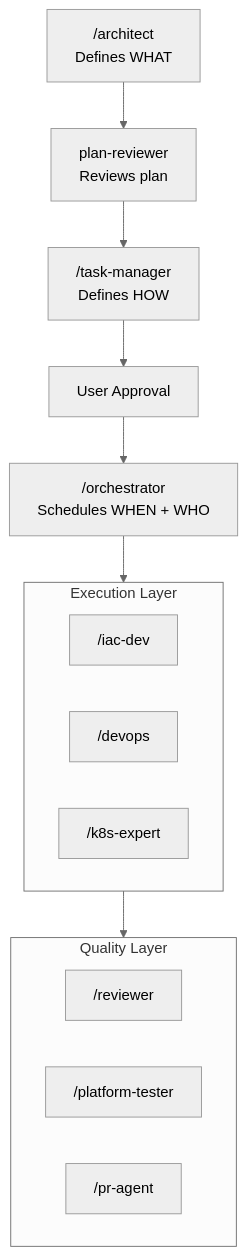
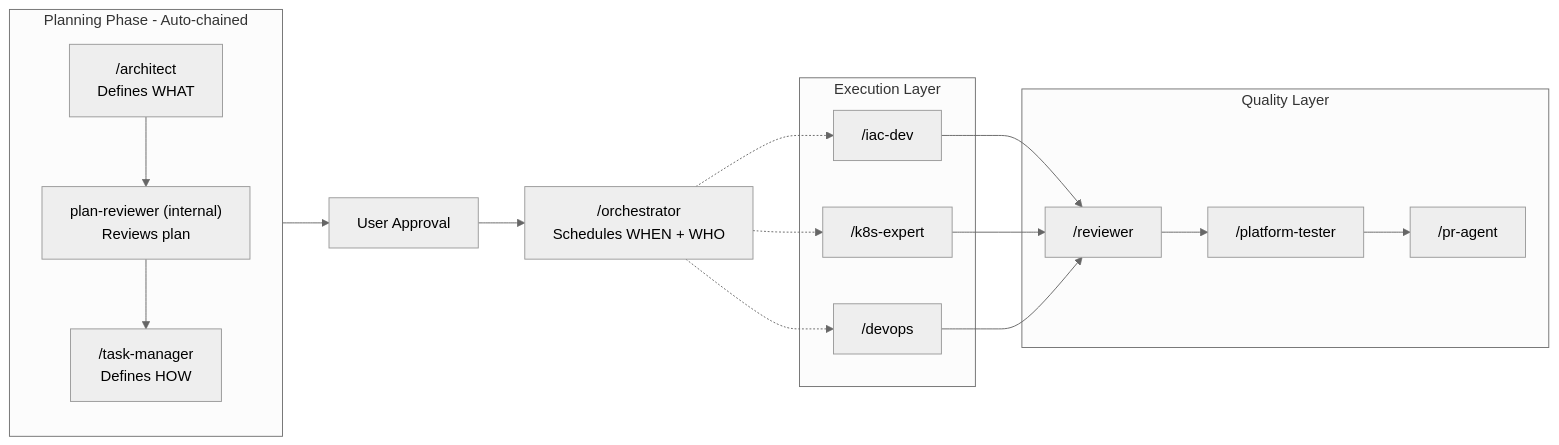
Before and after one commit to yogeshelke/.dotfiles: the diagram in cursor/README.md, drawn with Mermaid (neutral theme). The commit also changed other lines of this file and 5 other files, not shown here.

First line of the commit message:
Enhance architect agent and standardize tester naming

````diff
--- a/cursor/README.md
+++ b/cursor/README.md
@@ -31,27 +31,34 @@
 ```mermaid
-flowchart TD
-    Architect["/architect\nDefines WHAT"]
-    PlanReviewer["plan-reviewer\nReviews plan"]
-    TaskManager["/task-manager\nDefines HOW"]
+flowchart LR
+    subgraph planning [Planning Phase - Auto-chained]
+        Architect["/architect<br/>Defines WHAT"]
+        PlanReviewer["plan-reviewer (internal)<br/>Reviews plan"]
+        TaskManager["/task-manager<br/>Defines HOW"]
+    end
+    
     UserApproval["User Approval"]
-    Orchestrator["/orchestrator\nSchedules WHEN + WHO"]
-
+    Orchestrator["/orchestrator<br/>Schedules WHEN + WHO"]
+    
     subgraph execution [Execution Layer]
         IacDev["/iac-dev"]
+        K8sExpert["/k8s-expert"]
         DevOps["/devops"]
-        K8sExpert["/k8s-expert"]
     end
-
+    
     subgraph quality [Quality Layer]
         Reviewer["/reviewer"]
         Tester["/platform-tester"]
         PRAgent["/pr-agent"]
     end
 
-    Architect --> PlanReviewer
-    PlanReviewer --> TaskManager
-    TaskManager --> UserApproval
+    Architect --> PlanReviewer --> TaskManager
+    planning --> UserApproval
     UserApproval --> Orchestrator
-    Orchestrator --> execution
-    execution --> quality
+    Orchestrator -.-> IacDev
+    Orchestrator -.-> K8sExpert
+    Orchestrator -.-> DevOps
+    IacDev --> Reviewer
+    K8sExpert --> Reviewer
+    DevOps --> Reviewer
+    Reviewer --> Tester --> PRAgent
 ```
````
